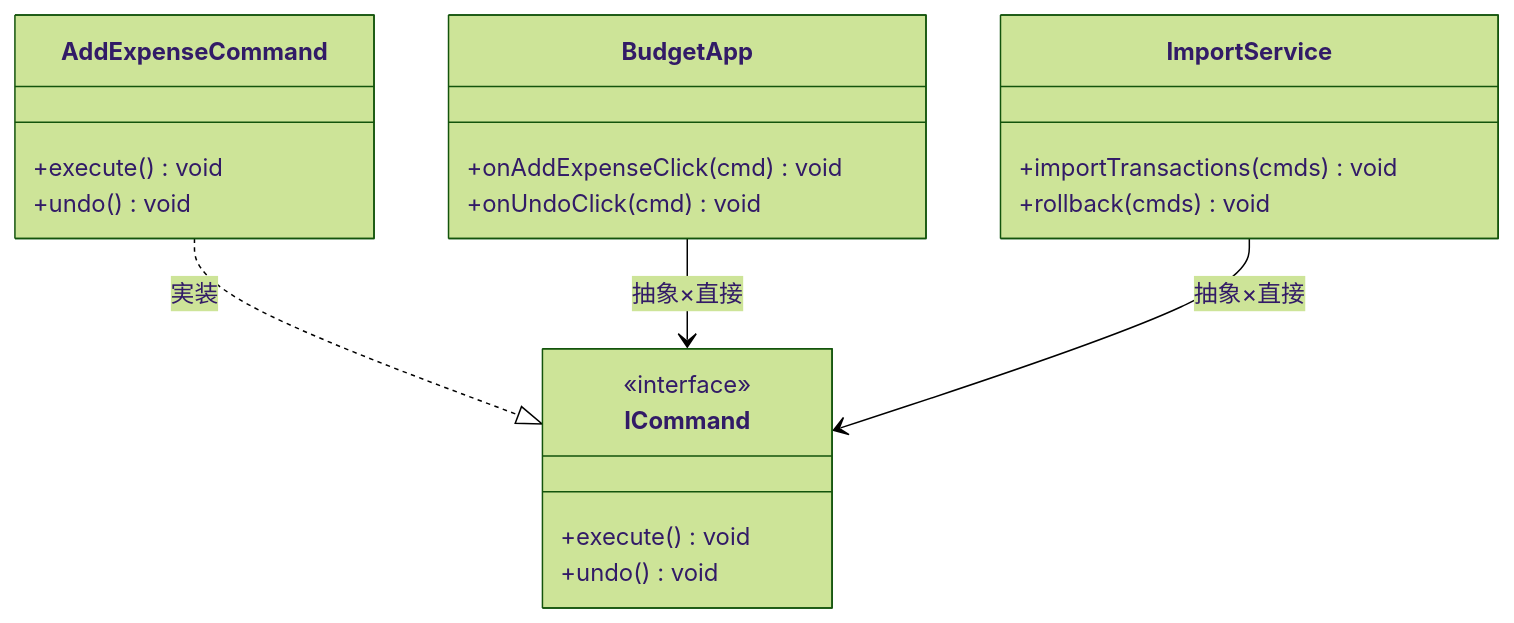
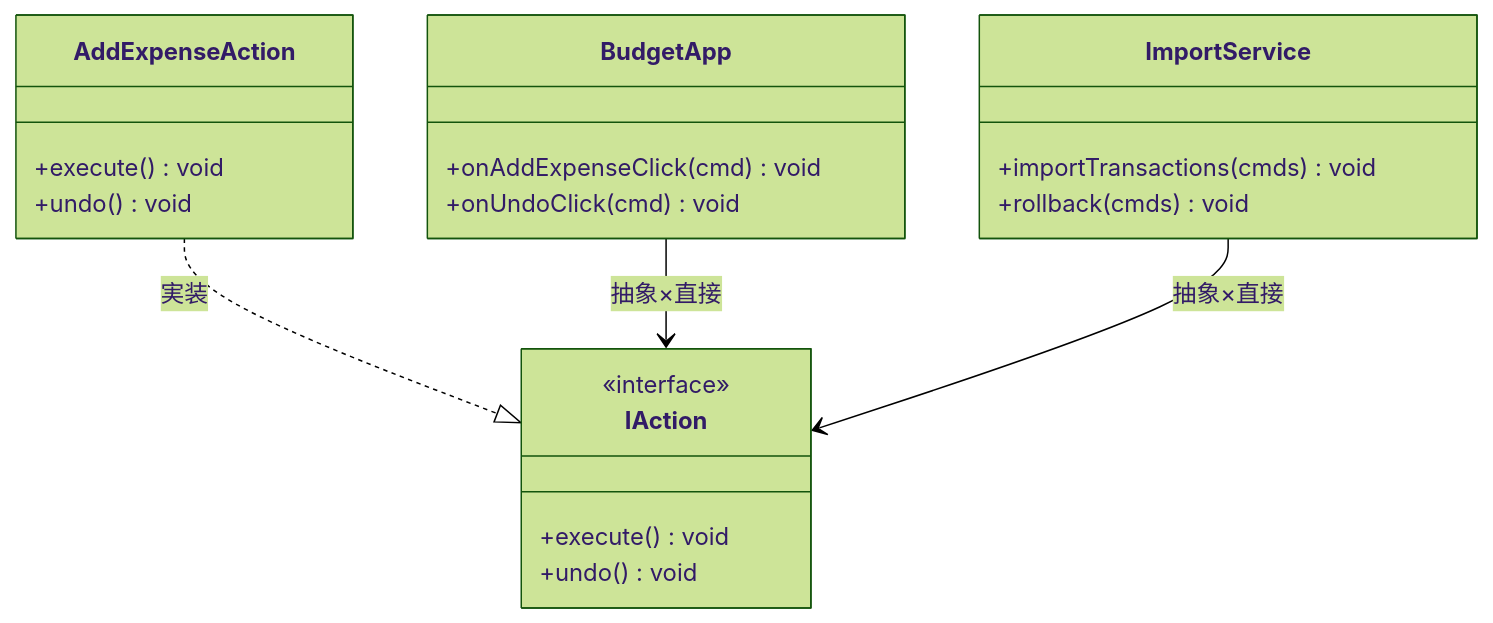
The sixth of 10 diagrams in kindle/design-patterns/output/chapter05.md (kumachan1101-pixel/DesignPattern), drawn with Mermaid (forest theme) before and after one commit. The commit also changed other lines of this file and 1 other file, not shown here.

````diff
--- a/kindle/design-patterns/output/chapter05.md
+++ b/kindle/design-patterns/output/chapter05.md
@@ -652,23 +653,23 @@
 ```mermaid
 classDiagram
-    class ICommand {
+    class IAction {
         <<interface>>
         +execute() void
         +undo() void
     }
-    class AddExpenseCommand {
+    class AddExpenseAction {
         +execute() void
         +undo() void
     }
     class BudgetApp {
         +onAddExpenseClick(cmd) void
         +onUndoClick(cmd) void
     }
     class ImportService {
         +importTransactions(cmds) void
         +rollback(cmds) void
     }
-    AddExpenseCommand ..|> ICommand : 実装
-    BudgetApp --> ICommand : 抽象×直接
-    ImportService --> ICommand : 抽象×直接
+    AddExpenseAction ..|> IAction : 実装
+    BudgetApp --> IAction : 抽象×直接
+    ImportService --> IAction : 抽象×直接
 ```
````
